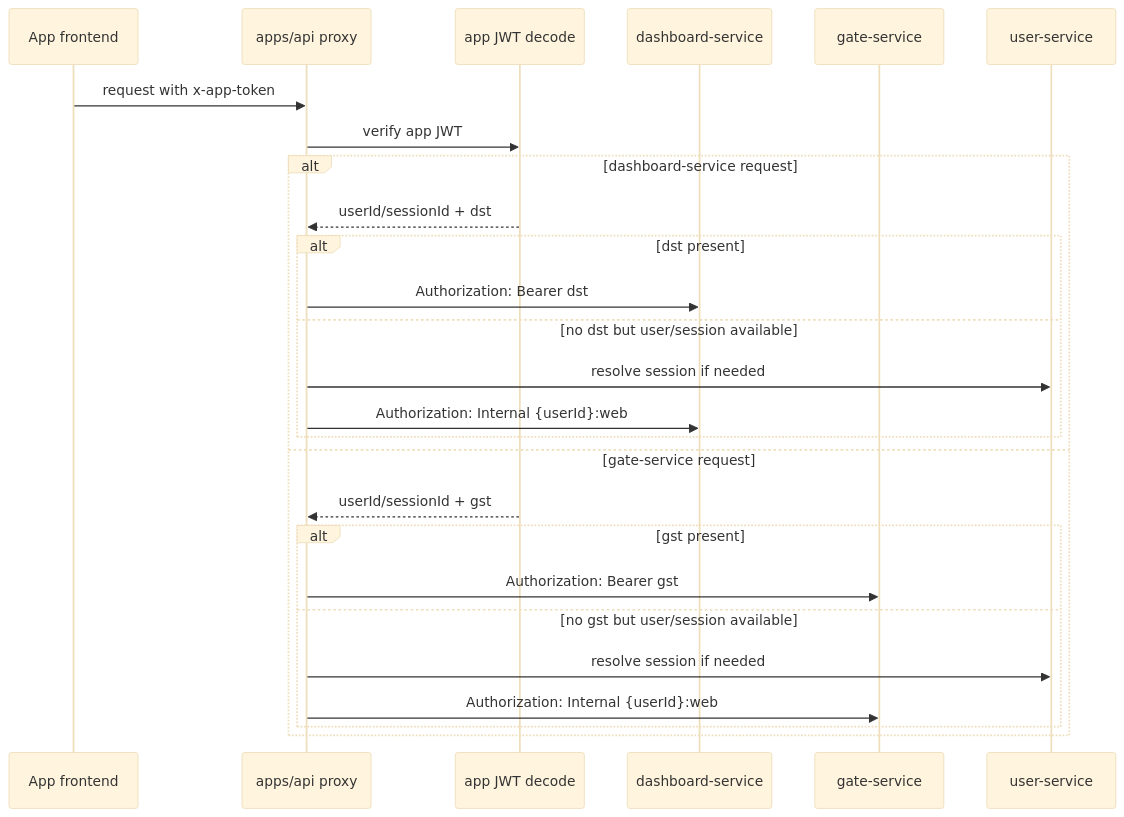
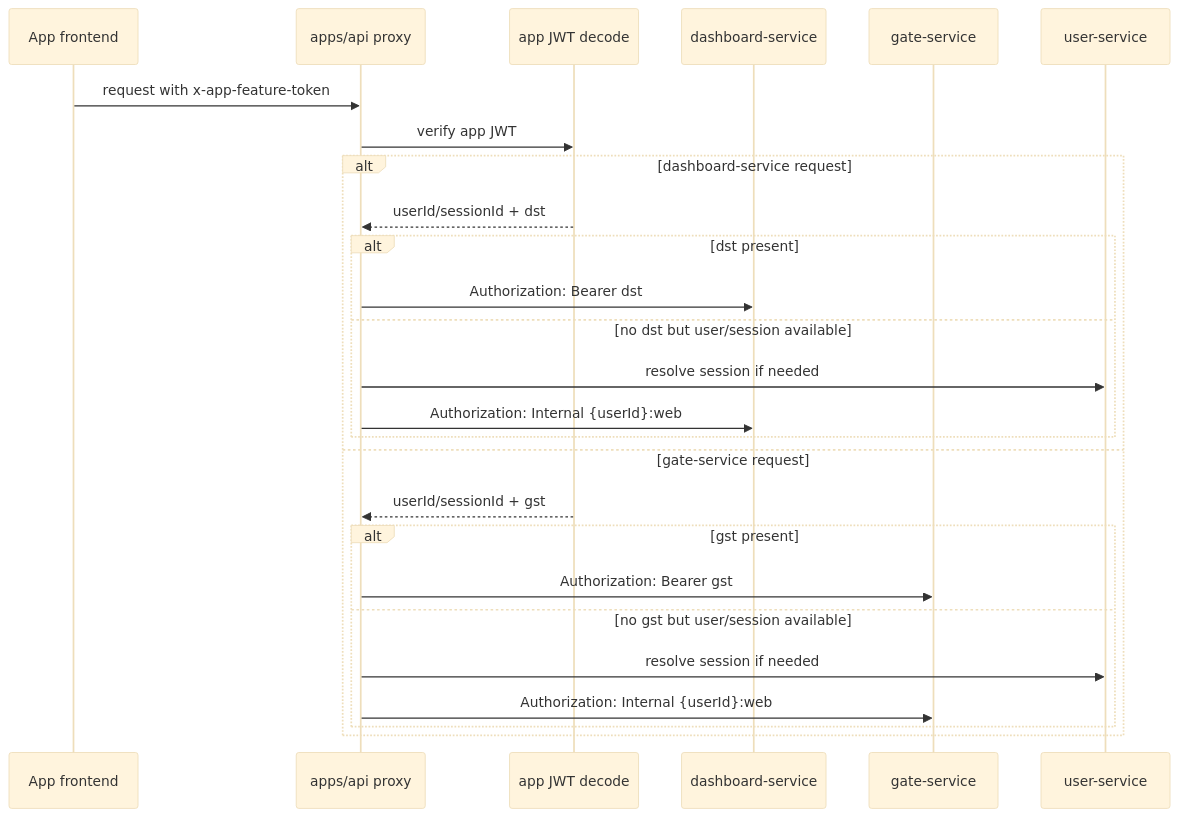
One commit to fusebase-dev/fusebase-cli changed the fourth of 6 diagrams in docs/proposals/APP-AUTH-FLOW.md. Above: the diagram before and after it, drawn with Mermaid (base theme). The commit also changed other lines of this file and 9 other files, not shown here.

Commit message:
fix: rename x-app-token -> x-app-feature-token back

````diff
--- a/docs/proposals/APP-AUTH-FLOW.md
+++ b/docs/proposals/APP-AUTH-FLOW.md
@@ -175,29 +175,29 @@
 ```mermaid
 sequenceDiagram
   participant SPA as App frontend
   participant API as apps/api proxy
   participant Decode as app JWT decode
   participant Dash as dashboard-service
   participant Gate as gate-service
   participant User as user-service
 
-  SPA->>API: request with x-app-token
+  SPA->>API: request with x-app-feature-token
   API->>Decode: verify app JWT
   alt dashboard-service request
     Decode-->>API: userId/sessionId + dst
     alt dst present
       API->>Dash: Authorization: Bearer dst
     else no dst but user/session available
       API->>User: resolve session if needed
       API->>Dash: Authorization: Internal {userId}:web
     end
   else gate-service request
     Decode-->>API: userId/sessionId + gst
     alt gst present
       API->>Gate: Authorization: Bearer gst
     else no gst but user/session available
       API->>User: resolve session if needed
       API->>Gate: Authorization: Internal {userId}:web
     end
   end
 ```
````
